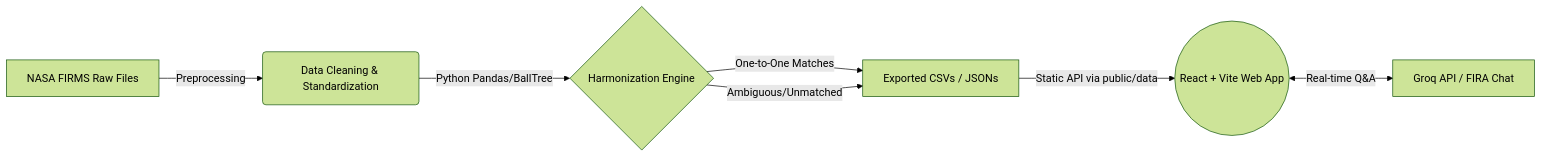
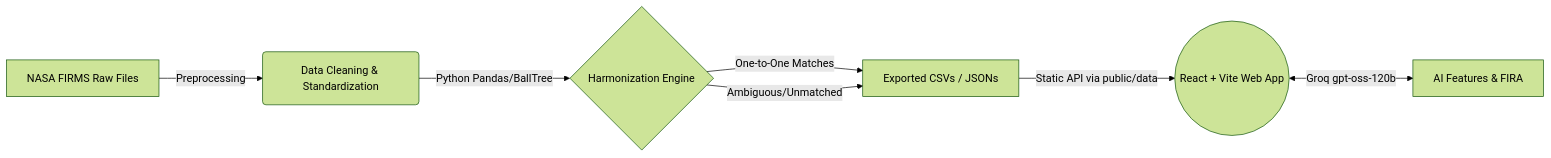
One commit to hina971/HR-PyroVanta changed the diagram in README.md. Above: the diagram before and after it, drawn with Mermaid (forest theme). The commit also changed other lines of this file, not shown here.

First line of the commit message:
Revise README with AI features and team updates

````diff
--- a/README.md
+++ b/README.md
@@ -77,9 +90,9 @@
 ```mermaid
 graph LR
     A[NASA FIRMS Raw Files] -->|Preprocessing| B(Data Cleaning & Standardization)
     B -->|Python Pandas/BallTree| C{Harmonization Engine}
     C -->|One-to-One Matches| D[Exported CSVs / JSONs]
     C -->|Ambiguous/Unmatched| D
     D -->|Static API via public/data| E((React + Vite Web App))
-    E <-->|Real-time Q&A| F[Groq API / FIRA Chat]
+    E <-->|Groq gpt-oss-120b| F[AI Features & FIRA]
 ```
````
